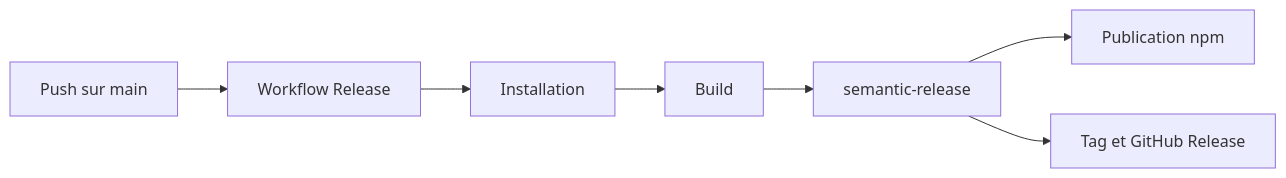
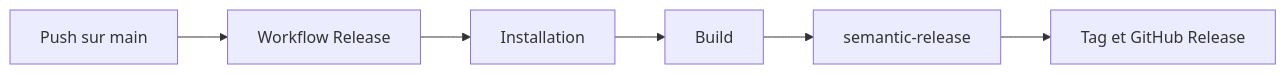
One commit to Wifsimster/koe changed the diagram in docs/release-npm.md. Above: the diagram before and after it, drawn with Mermaid. The commit also changed other lines of this file and 7 other files, not shown here.

First line of the commit message:
ci: drop npm publishing from release pipeline

````diff
--- a/docs/release-npm.md
+++ b/docs/release-npm.md
@@ -16,9 +16,8 @@
 ```mermaid
 graph LR
     A[Push sur main] --> B[Workflow Release]
     B --> C[Installation]
     C --> D[Build]
     D --> E[semantic-release]
-    E --> F[Publication npm]
-    E --> G[Tag et GitHub Release]
+    E --> F[Tag et GitHub Release]
 ```
````
